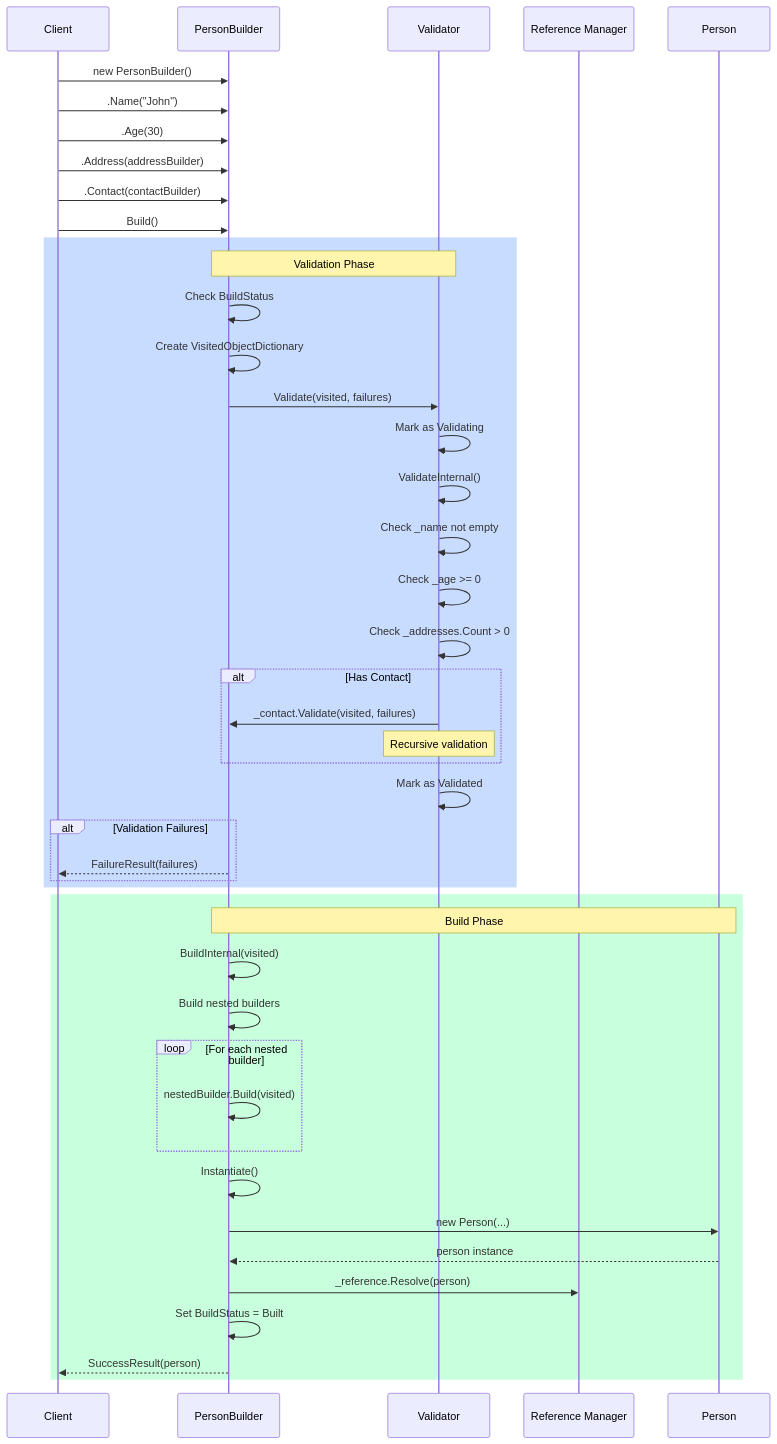
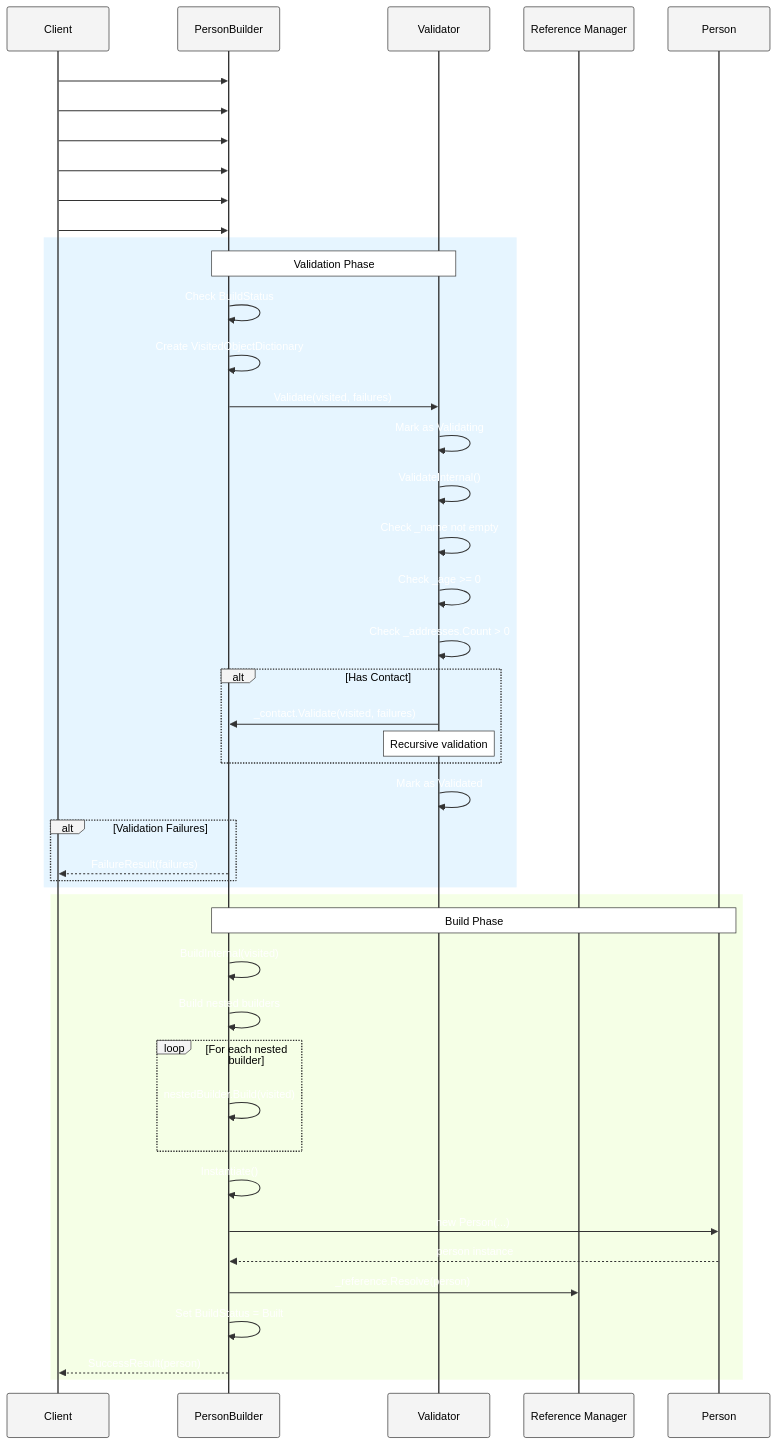
Before and after one commit to FrenchExDev/FrenchExDev.Net: the third of 5 diagrams in CSharp.Object.Builder2/doc/ARCHITECTURE.md, drawn with Mermaid. The commit also changed 4 other files, not shown here.

````diff
--- a/CSharp.Object.Builder2/doc/ARCHITECTURE.md
+++ b/CSharp.Object.Builder2/doc/ARCHITECTURE.md
@@ -170,58 +170,59 @@
 ```mermaid
+%%{init: {'theme':'base', 'themeVariables': { 'fontFamily':'arial','fontSize':'14px','primaryColor':'#fff','primaryTextColor':'#000','primaryBorderColor':'#333','lineColor':'#333','secondaryColor':'#fff','tertiaryColor':'#fff','noteTextColor':'#000','noteBkgColor':'#fff','noteBorderColor':'#333','actorBkg':'#f4f4f4','actorBorder':'#333','actorTextColor':'#000','actorLineColor':'#333','signalColor':'#333','signalTextColor':'#fff','labelBoxBkgColor':'#f4f4f4','labelBoxBorderColor':'#333','labelTextColor':'#000','loopTextColor':'#000','activationBorderColor':'#333','activationBkgColor':'#e8e8e8','sequenceNumberColor':'#fff','altLabelBkgColor':'#f4f4f4','altLabelBorderColor':'#333'}}}%%
 sequenceDiagram
     participant Client
     participant Builder as PersonBuilder
     participant Validator
     participant RefMgr as Reference Manager
     participant Instance as Person
     
     Client->>Builder: new PersonBuilder()
     Client->>Builder: .Name("John")
     Client->>Builder: .Age(30)
     Client->>Builder: .Address(addressBuilder)
     Client->>Builder: .Contact(contactBuilder)
     
     Client->>Builder: Build()
     
-    rect rgb(200, 220, 255)
+    rect rgb(230, 245, 255)
     Note over Builder,Validator: Validation Phase
     Builder->>Builder: Check BuildStatus
     Builder->>Builder: Create VisitedObjectDictionary
     Builder->>Validator: Validate(visited, failures)
     
     Validator->>Validator: Mark as Validating
     Validator->>Validator: ValidateInternal()
     Validator->>Validator: Check _name not empty
     Validator->>Validator: Check _age >= 0
     Validator->>Validator: Check _addresses.Count > 0
     
     alt Has Contact
         Validator->>Builder: _contact.Validate(visited, failures)
         Note over Validator: Recursive validation
     end
     
     Validator->>Validator: Mark as Validated
     
     alt Validation Failures
         Builder-->>Client: FailureResult(failures)
     end
     end
     
-    rect rgb(200, 255, 220)
+    rect rgb(245, 255, 230)
     Note over Builder,Instance: Build Phase
     Builder->>Builder: BuildInternal(visited)
     Builder->>Builder: Build nested builders
     
     loop For each nested builder
         Builder->>Builder: nestedBuilder.Build(visited)
     end
     
     Builder->>Builder: Instantiate()
     Builder->>Instance: new Person(...)
     Instance-->>Builder: person instance
     
     Builder->>RefMgr: _reference.Resolve(person)
     Builder->>Builder: Set BuildStatus = Built
     Builder-->>Client: SuccessResult(person)
     end
 ```
````
